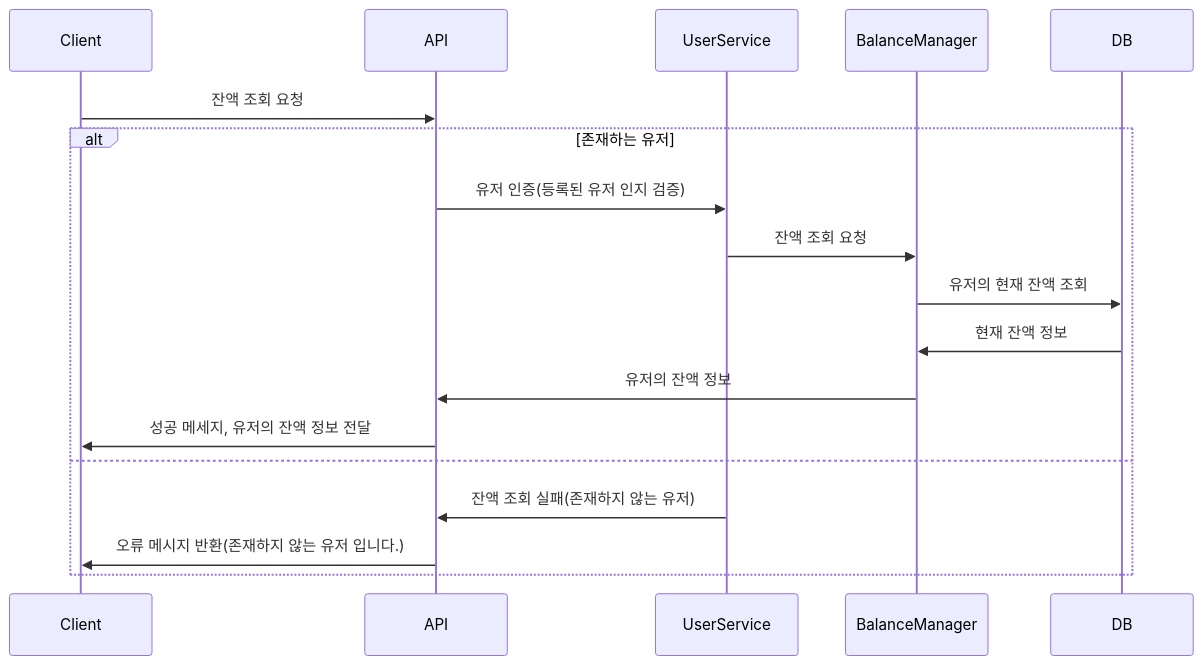
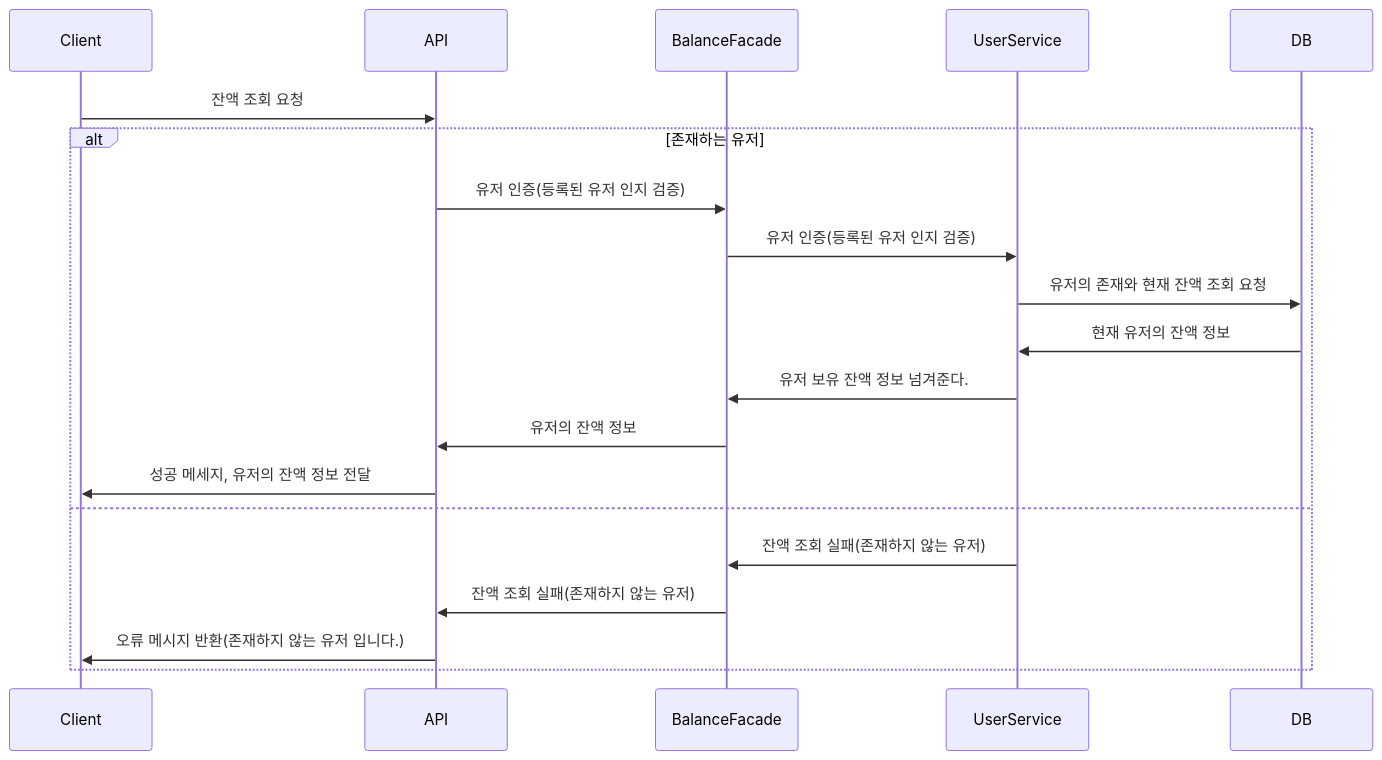
Before and after one commit to LeeJeongGi/hhplus-03-ecommerce: the second of 8 diagrams in docs/EventSequence.md, drawn with Mermaid. The commit also changed other lines of this file, not shown here.

Commit message:
feat : 이벤트 시퀀스 재정비, Facade 클래스 추가, Manager -> service 이름 수정, 주문,결제 API 두개로 분리

````diff
--- a/docs/EventSequence.md
+++ b/docs/EventSequence.md
@@ -33,21 +40,23 @@
 ```mermaid
 sequenceDiagram
     participant Client
     participant API
+    participant BalanceFacade
     participant UserService
-    participant BalanceManager
     participant DB
 
     Client ->> API:잔액 조회 요청
     alt 존재하는 유저
-        API ->> UserService: 유저 인증(등록된 유저 인지 검증)
-        UserService ->> BalanceManager: 잔액 조회 요청
-        BalanceManager ->> DB: 유저의 현재 잔액 조회
-        DB ->> BalanceManager: 현재 잔액 정보
-        BalanceManager ->> API: 유저의 잔액 정보
+        API ->> BalanceFacade: 유저 인증(등록된 유저 인지 검증)
+        BalanceFacade ->> UserService: 유저 인증(등록된 유저 인지 검증)
+        UserService ->> DB: 유저의 존재와 현재 잔액 조회 요청
+        DB ->> UserService: 현재 유저의 잔액 정보
+        UserService ->> BalanceFacade: 유저 보유 잔액 정보 넘겨준다.
+        BalanceFacade ->> API: 유저의 잔액 정보
         API ->> Client: 성공 메세지, 유저의 잔액 정보 전달
     else
-        UserService ->> API: 잔액 조회 실패(존재하지 않는 유저)
+        UserService ->> BalanceFacade: 잔액 조회 실패(존재하지 않는 유저)
+        BalanceFacade ->> API: 잔액 조회 실패(존재하지 않는 유저)
         API ->> Client: 오류 메시지 반환(존재하지 않는 유저 입니다.)
     end
 ```
````
